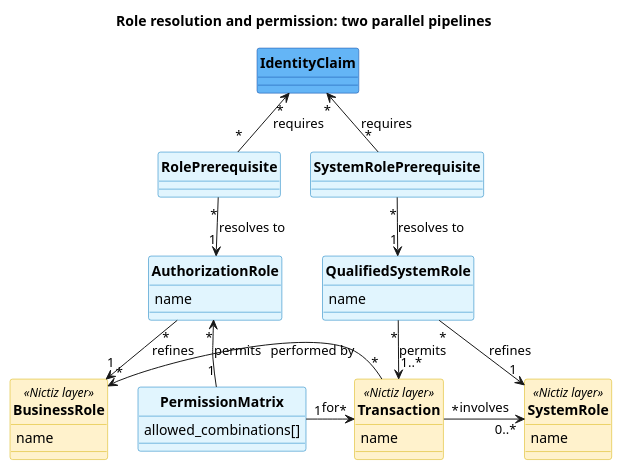
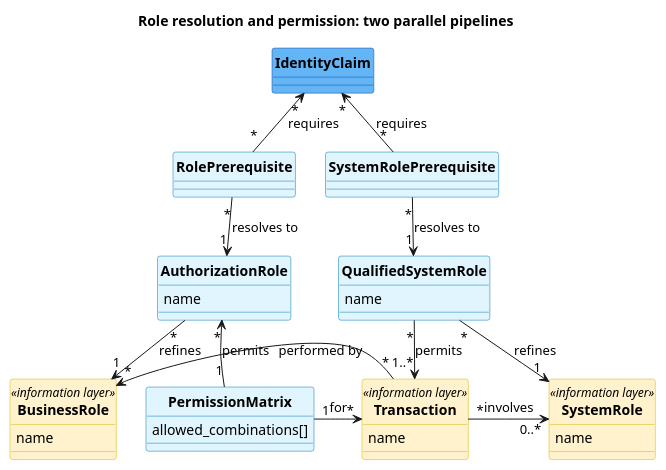
Before and after one commit to nuts-foundation/nl-generic-functions-ig: the diagram in input/images-source/authorization-model-role-resolution.plantuml, drawn with PlantUML. The commit also changed 6 other files, not shown here.

First line of the commit message:
docs(authorization): name the layers and declutter the diagrams

```diff
--- a/input/images-source/authorization-model-role-resolution.plantuml
+++ b/input/images-source/authorization-model-role-resolution.plantuml
@@ -5,66 +5,66 @@
 @startuml authorization-model-role-resolution
 
 skinparam defaultFontName Arial
 skinparam backgroundColor white
 skinparam roundcorner 5
 skinparam classFontStyle bold
 skinparam classBackgroundColor #E1F5FE
 skinparam classBorderColor #0277BD
 skinparam nodesep 30
 skinparam ranksep 40
 hide circle
 
 title Role resolution and permission: two parallel pipelines
 
 ' === Shared input: the presented claims (mid-blue) ===
 class IdentityClaim #64B5F6 ##0D47A1
 
-' === Professional pipeline (left) ===
+' === Business-role pipeline (left) ===
 class RolePrerequisite
 class AuthorizationRole {
   name
 }
 class PermissionMatrix {
   allowed_combinations[]
 }
 
-' === System pipeline (right) ===
+' === System-role pipeline (right) ===
 class SystemRolePrerequisite
 class QualifiedSystemRole {
   name
 }
 
 ' === Layer 1 (Nictiz catalogue) - yellow ===
-class Transaction <<Nictiz layer>> #FFF2CC ##D6B000 {
+class Transaction <<information layer>> #FFF2CC ##D6B000 {
   name
 }
-class BusinessRole <<Nictiz layer>> #FFF2CC ##D6B000 {
+class BusinessRole <<information layer>> #FFF2CC ##D6B000 {
   name
 }
-class SystemRole <<Nictiz layer>> #FFF2CC ##D6B000 {
+class SystemRole <<information layer>> #FFF2CC ##D6B000 {
   name
 }
 
-' === Professional side: claims -> RolePrerequisite (OR) -> AuthorizationRole -> matrix ===
+' === Business-role side: claims -> RolePrerequisite (OR) -> AuthorizationRole -> matrix ===
 RolePrerequisite "*" -up-> "*" IdentityClaim : requires
 RolePrerequisite "*" --> "1" AuthorizationRole : resolves to
 AuthorizationRole "*" --> "1" BusinessRole : refines
 PermissionMatrix "1" -up-> "*" AuthorizationRole : permits
 PermissionMatrix "1" --> "*" Transaction : for
 
-' === System side: claims -> SystemRolePrerequisite (OR) -> QualifiedSystemRole (no matrix) ===
+' === System-role side: claims -> SystemRolePrerequisite (OR) -> QualifiedSystemRole (no matrix) ===
 SystemRolePrerequisite "*" -up-> "*" IdentityClaim : requires
 SystemRolePrerequisite "*" --> "1" QualifiedSystemRole : resolves to
 QualifiedSystemRole "*" --> "1" SystemRole : refines
 QualifiedSystemRole "*" --> "1..*" Transaction : permits
 
 ' === Catalogue coupling at the bottom ===
 Transaction "*" -left-> "*" BusinessRole : performed by
 Transaction "*" -right-> "0..*" SystemRole : involves
 
 ' === Layout: two columns meeting at Transaction (hidden, no semantics) ===
 RolePrerequisite -[hidden]right- SystemRolePrerequisite
 AuthorizationRole -[hidden]right- QualifiedSystemRole
 PermissionMatrix -[hidden]right- Transaction
 
 @enduml
```
